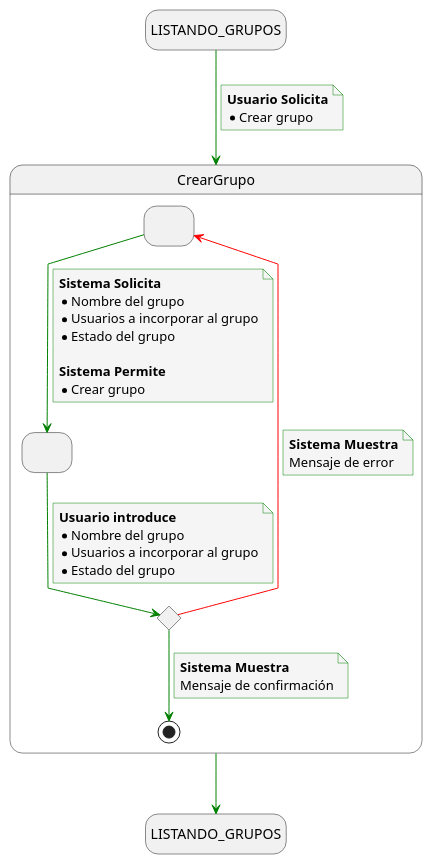
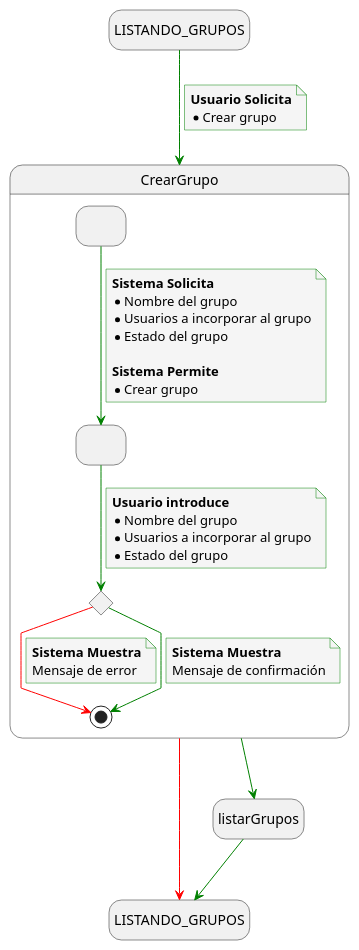
Before and after one commit to mmasias/24-25-IdSw1-SDR: the diagram in docs/casosDeUso/detalladoCasosDeUso/detalladoGrupos/detalladoCrearGrupos.puml, drawn with PlantUML. The commit also changed 1 other file, not shown here.

Commit message:
FIX/ cambios en crear grupo

```diff
--- a/docs/casosDeUso/detalladoCasosDeUso/detalladoGrupos/detalladoCrearGrupos.puml
+++ b/docs/casosDeUso/detalladoCasosDeUso/detalladoGrupos/detalladoCrearGrupos.puml
@@ -1,60 +1,63 @@
 @startuml crear_grupo
 
 skinparam {
   NoteBackgroundColor #whiteSmoke
   ArrowColor #green
   NoteBorderColor #green
   linetype polyline
 }
 
 hide empty description
 
 state startState as "LISTANDO_GRUPOS"
 state endState as "LISTANDO_GRUPOS"
+state listarGrupos as "listarGrupos"
 
 startState --> CrearGrupo
 note on link
     <b>Usuario Solicita</b>
     * Crear grupo
 end note
 
-CrearGrupo --> endState
+CrearGrupo -[#red]-> endState
+CrearGrupo --> listarGrupos
+listarGrupos --> endState
 
 state CrearGrupo {
     state solicitudFiltros as " "
     state envioFiltros as " "
     state revisionFiltrosEnviados <<choice>>
 
     solicitudFiltros --> envioFiltros
     note on link
         <b>Sistema Solicita</b>
         * Nombre del grupo
         * Usuarios a incorporar al grupo
         * Estado del grupo
 
         <b>Sistema Permite</b>
         * Crear grupo
     end note
 
     envioFiltros --> revisionFiltrosEnviados
     note on link
         <b>Usuario introduce</b>
         * Nombre del grupo
         * Usuarios a incorporar al grupo
         * Estado del grupo
     end note
 
-    revisionFiltrosEnviados -[#red]-> solicitudFiltros
+    revisionFiltrosEnviados -[#red]-> [*]
     note on link
         <b>Sistema Muestra</b>
         Mensaje de error
     end note
 
     revisionFiltrosEnviados --> [*]
     note on link
         <b>Sistema Muestra</b>
         Mensaje de confirmación
     end note
 }
 
 @enduml
```
